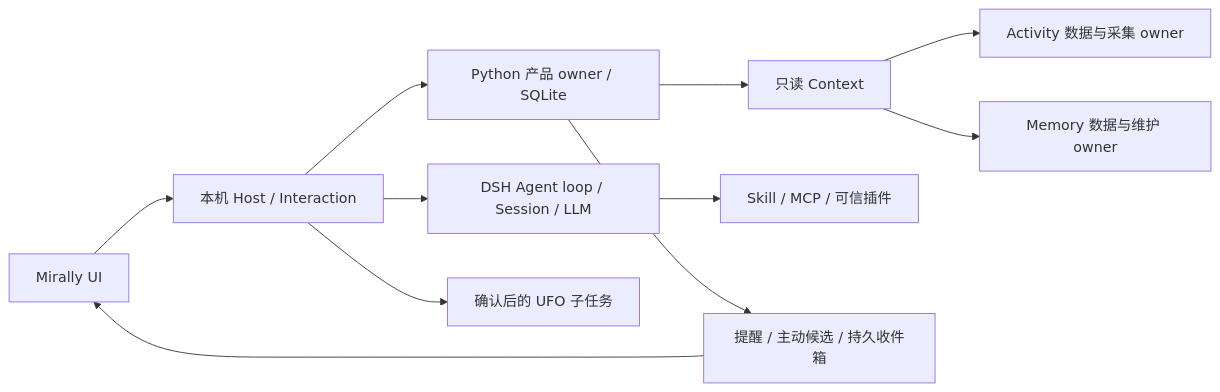
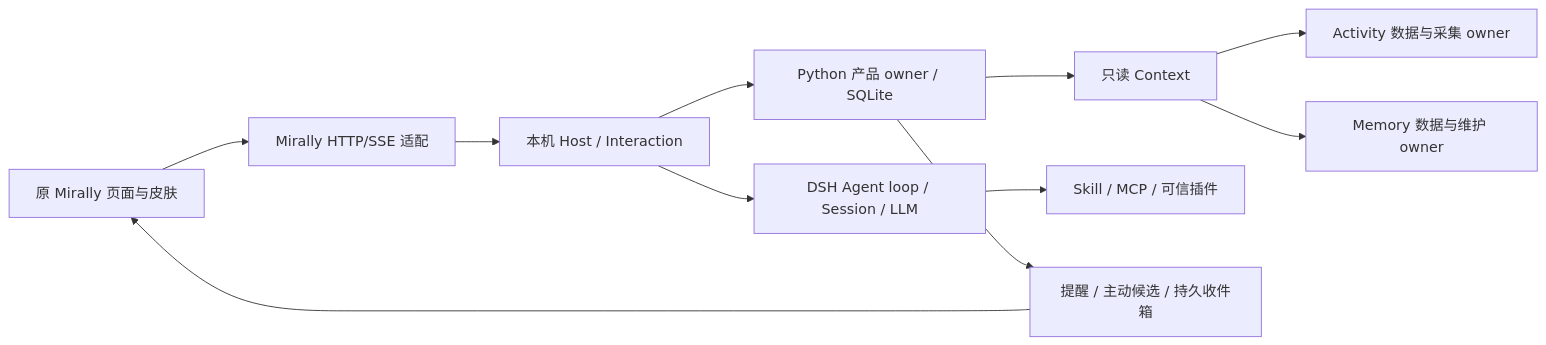
One commit to lyingloong/Mirally changed the diagram in docs/framework-v1.md. Above: the diagram before and after it, drawn with Mermaid. The commit also changed other lines of this file and 2748 other files, not shown here.

Commit message:
Restore retained Mirally UI and defer UFO integration

````diff
--- a/docs/framework-v1.md
+++ b/docs/framework-v1.md
@@ -26,13 +36,13 @@
 ```mermaid
 flowchart LR
-  UI[Mirally UI] --> Host[本机 Host / Interaction]
+  UI[原 Mirally 页面与皮肤] --> Client[Mirally HTTP/SSE 适配]
+  Client --> Host[本机 Host / Interaction]
   Host --> Product[Python 产品 owner / SQLite]
   Host --> DSH[DSH Agent loop / Session / LLM]
   Product --> Context[只读 Context]
   Context --> Activity[Activity 数据与采集 owner]
   Context --> Memory[Memory 数据与维护 owner]
   DSH --> Ext[Skill / MCP / 可信插件]
-  Host --> UFO[确认后的 UFO 子任务]
   Product --> Delivery[提醒 / 主动候选 / 持久收件箱]
   Delivery --> UI
 ```
````
